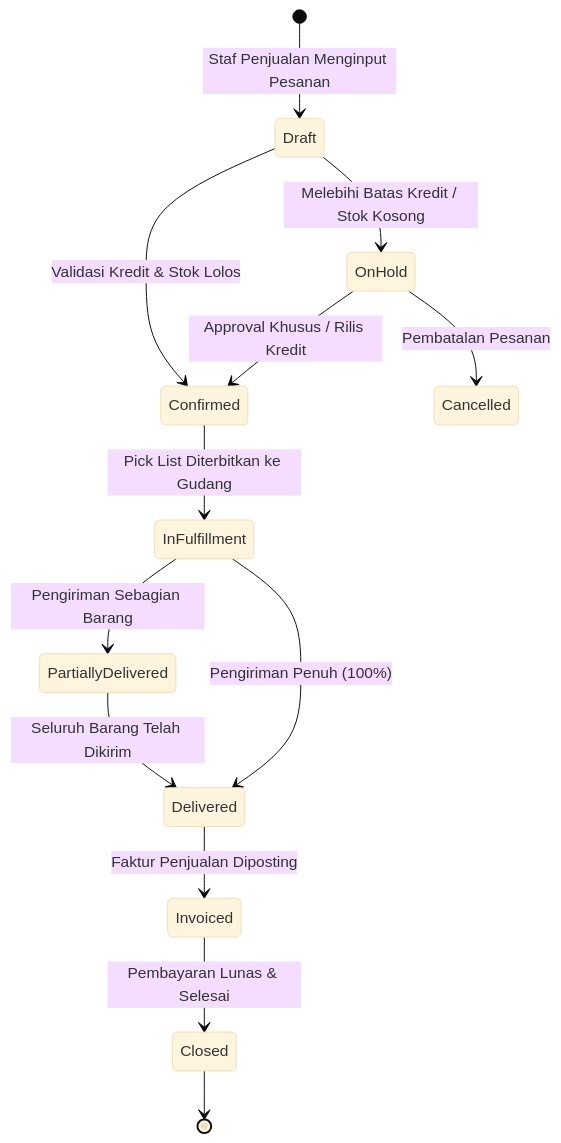
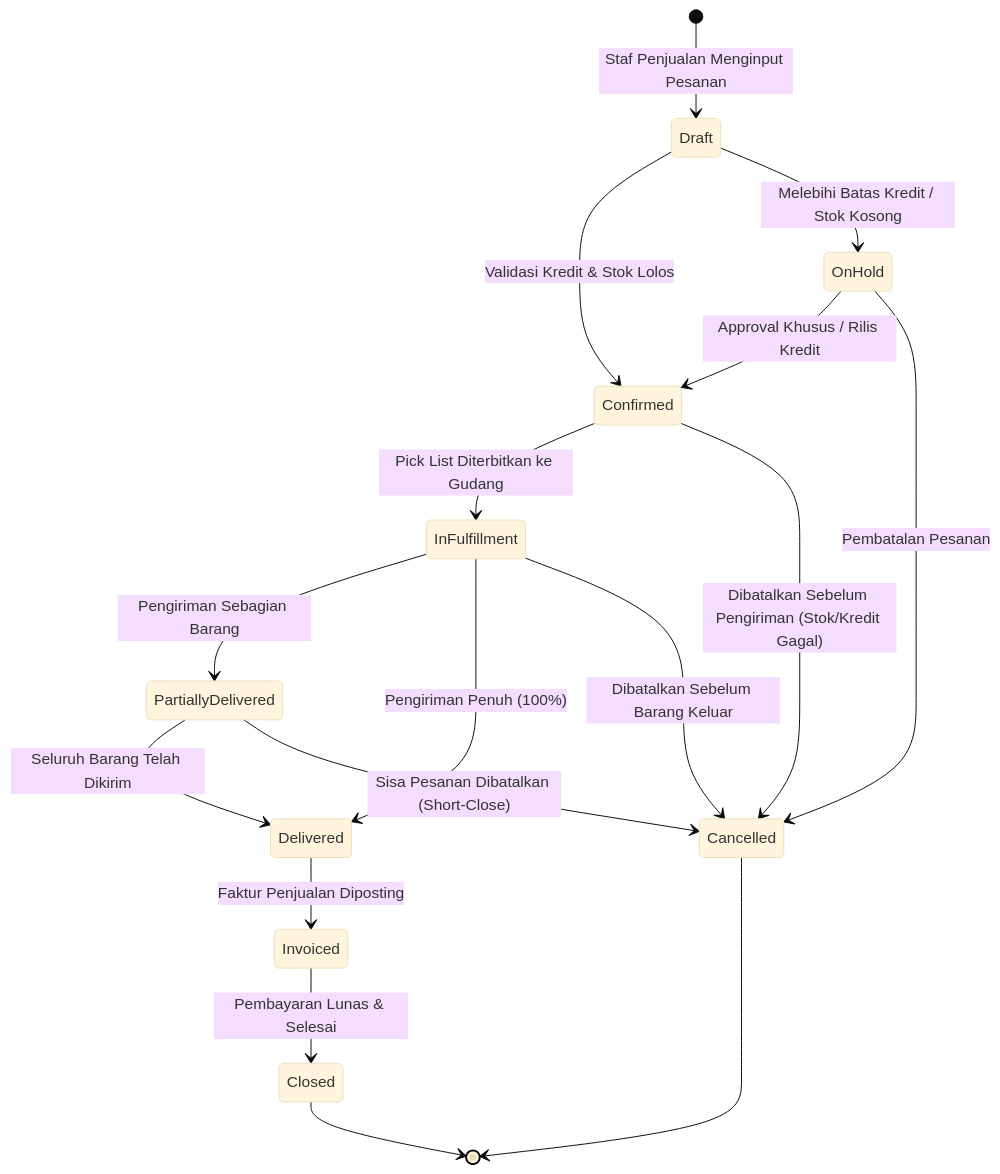
The second of 2 diagrams in content/03-sales/sales-order.md (alimurrofid/erp-notes), drawn with Mermaid (base theme) before and after one commit. The commit also changed other lines of this file and 168 other files, not shown here.

````diff
--- a/content/03-sales/sales-order.md
+++ b/content/03-sales/sales-order.md
@@ -86,17 +86,22 @@
 ```mermaid
 stateDiagram-v2
     [*] --> Draft: Staf Penjualan Menginput Pesanan
     Draft --> Confirmed: Validasi Kredit & Stok Lolos
     Draft --> OnHold: Melebihi Batas Kredit / Stok Kosong
     OnHold --> Confirmed: Approval Khusus / Rilis Kredit
     OnHold --> Cancelled: Pembatalan Pesanan
     
     Confirmed --> InFulfillment: Pick List Diterbitkan ke Gudang
     InFulfillment --> PartiallyDelivered: Pengiriman Sebagian Barang
     PartiallyDelivered --> Delivered: Seluruh Barang Telah Dikirim
     InFulfillment --> Delivered: Pengiriman Penuh (100%)
     
+    Confirmed --> Cancelled: Dibatalkan Sebelum Pengiriman (Stok/Kredit Gagal)
+    InFulfillment --> Cancelled: Dibatalkan Sebelum Barang Keluar
+    PartiallyDelivered --> Cancelled: Sisa Pesanan Dibatalkan (Short-Close)
+    
     Delivered --> Invoiced: Faktur Penjualan Diposting
     Invoiced --> Closed: Pembayaran Lunas & Selesai
     Closed --> [*]
+    Cancelled --> [*]
 ```
````
